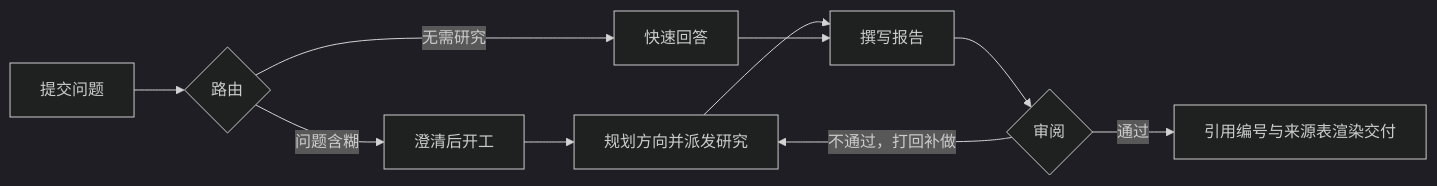
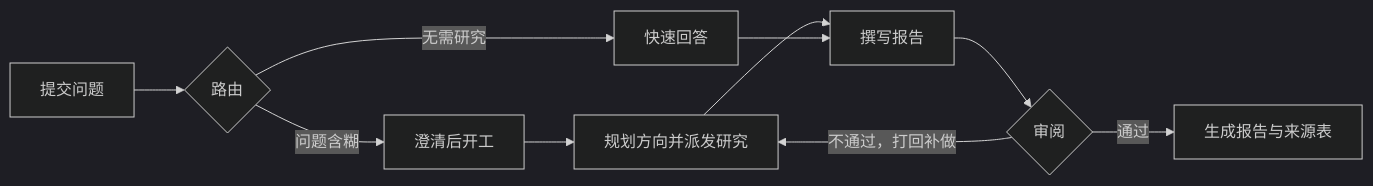
One commit to Zi-Lan-Cui/DeepResearcher changed the diagram in README.md. Above: the diagram before and after it, drawn with Mermaid (dark theme). The commit also changed other lines of this file, not shown here.

````diff
--- a/README.md
+++ b/README.md
@@ -46,12 +45,12 @@
 ```mermaid
 flowchart LR
     Q[提交问题] --> R{路由}
     R -->|问题含糊| C[澄清后开工]
     R -->|无需研究| QA[快速回答]
     C --> S[规划方向并派发研究]
     S --> W[撰写报告]
     QA --> W
     W --> V{审阅}
     V -->|不通过，打回补做| S
-    V -->|通过| F[引用编号与来源表渲染交付]
+    V -->|通过| F[生成报告与来源表]
 ```
````
